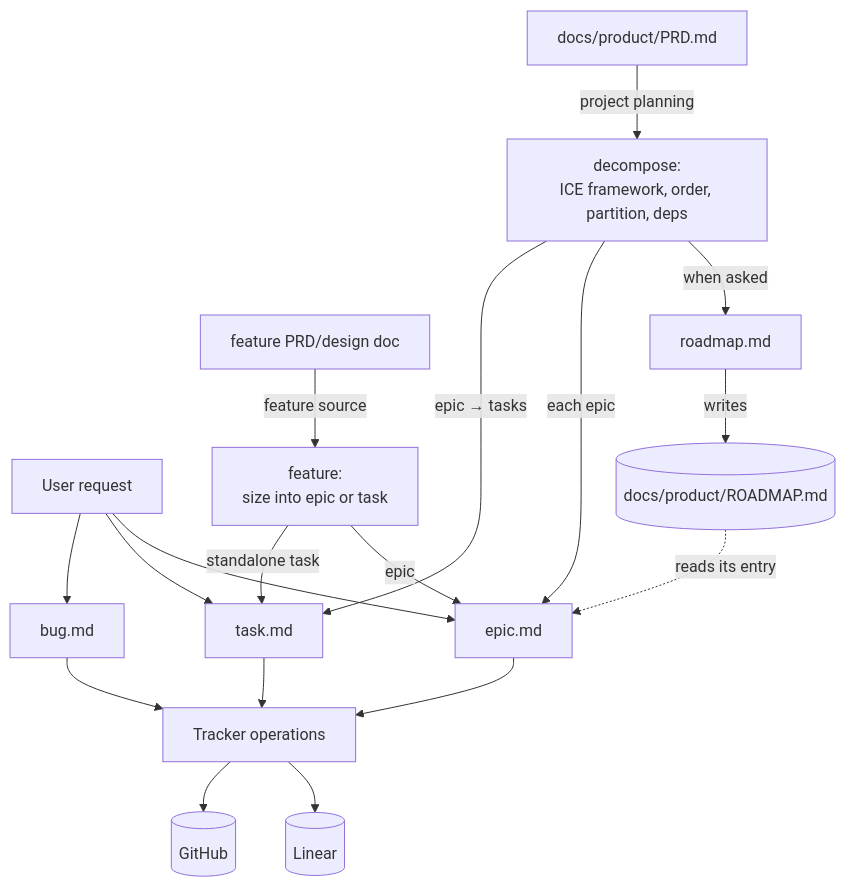
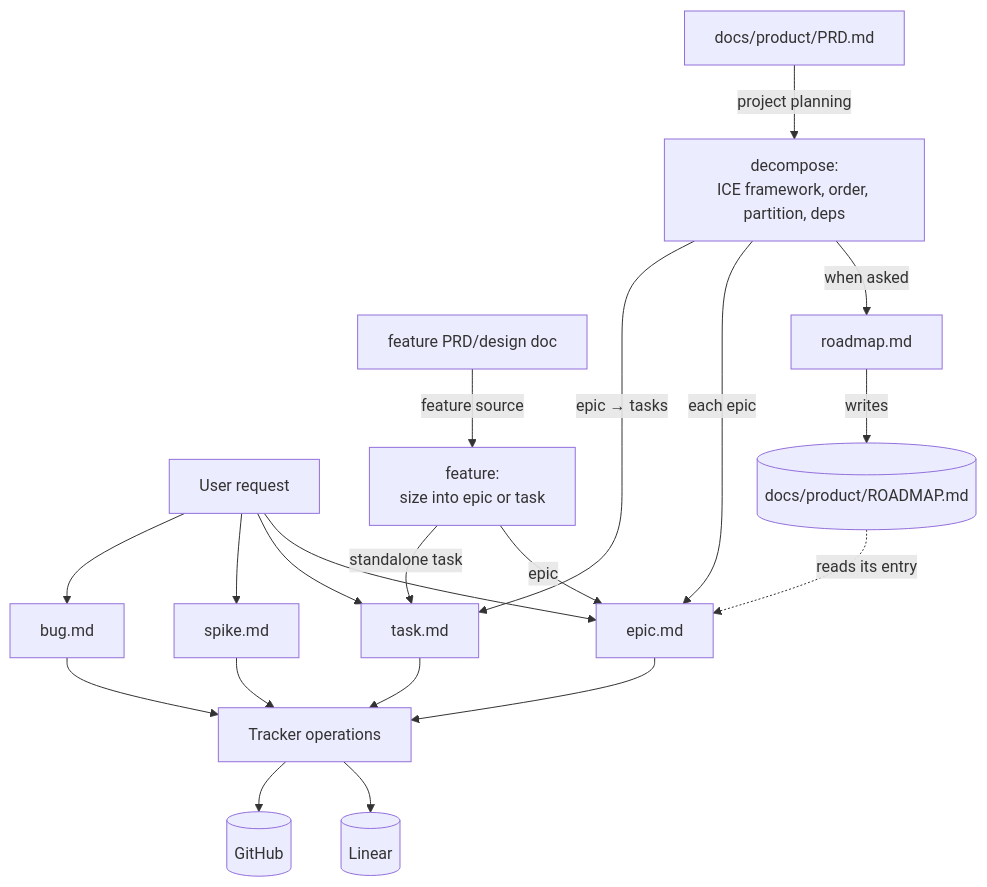
Before and after one commit to adeonir/agent-skills: the diagram in skills/product/epic-tracker/README.md, drawn with Mermaid. The commit also changed other lines of this file and 7 other files, not shown here.

````diff
--- a/skills/product/epic-tracker/README.md
+++ b/skills/product/epic-tracker/README.md
@@ -7,20 +7,22 @@
 ```mermaid
 flowchart TD
     USER[User request] --> EP[epic.md]
     USER --> STK[task.md]
+    USER --> SPK[spike.md]
     USER --> BG[bug.md]
     PRD[docs/product/PRD.md] -->|project planning| DEC[decompose:<br>ICE framework, order, partition, deps]
     FPRD[feature PRD/design doc] -->|feature source| FT[feature:<br>size into epic or task]
     FT -->|epic| EP
     FT -->|standalone task| STK
     DEC -->|when asked| RW[roadmap.md]
     RW -->|writes| RM[(docs/product/ROADMAP.md)]
     DEC -->|each epic| EP
     RM -.reads its entry.-> EP
     DEC -->|epic → tasks| STK
     EP --> SY[Tracker operations]
     STK --> SY
+    SPK --> SY
     BG --> SY
     SY --> LN[(Linear)]
     SY --> GH[(GitHub)]
 ```
````
